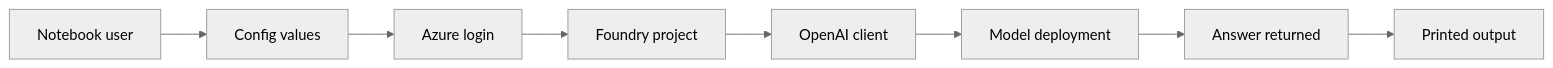
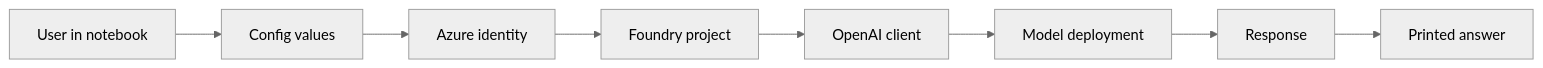
One commit to Sanskar220901/MicrosoftFoundry changed the diagram in docs/foundry-openai-mental-model.md. Above: the diagram before and after it, drawn with Mermaid (neutral theme). The commit also changed other lines of this file, not shown here.

Commit message:
Rewrite docs with Archify architecture-first flow

````diff
--- a/docs/foundry-openai-mental-model.md
+++ b/docs/foundry-openai-mental-model.md
@@ -31,10 +17,10 @@
 ```mermaid
 flowchart LR
-    A["Notebook user"] --> B["Config values"]
-    B --> C["Azure login"]
+    A["User in notebook"] --> B["Config values"]
+    B --> C["Azure identity"]
     C --> D["Foundry project"]
     D --> E["OpenAI client"]
     E --> F["Model deployment"]
-    F --> G["Answer returned"]
-    G --> H["Printed output"]
+    F --> G["Response"]
+    G --> H["Printed answer"]
 ```
````
